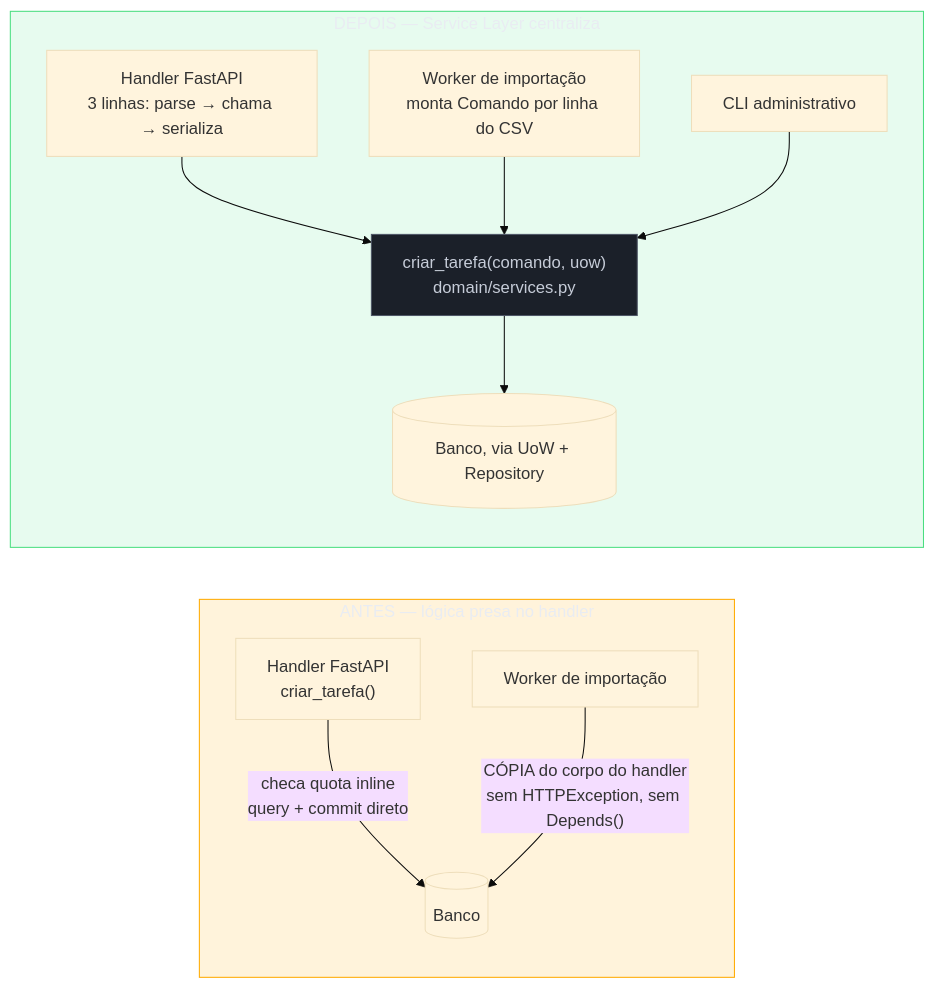
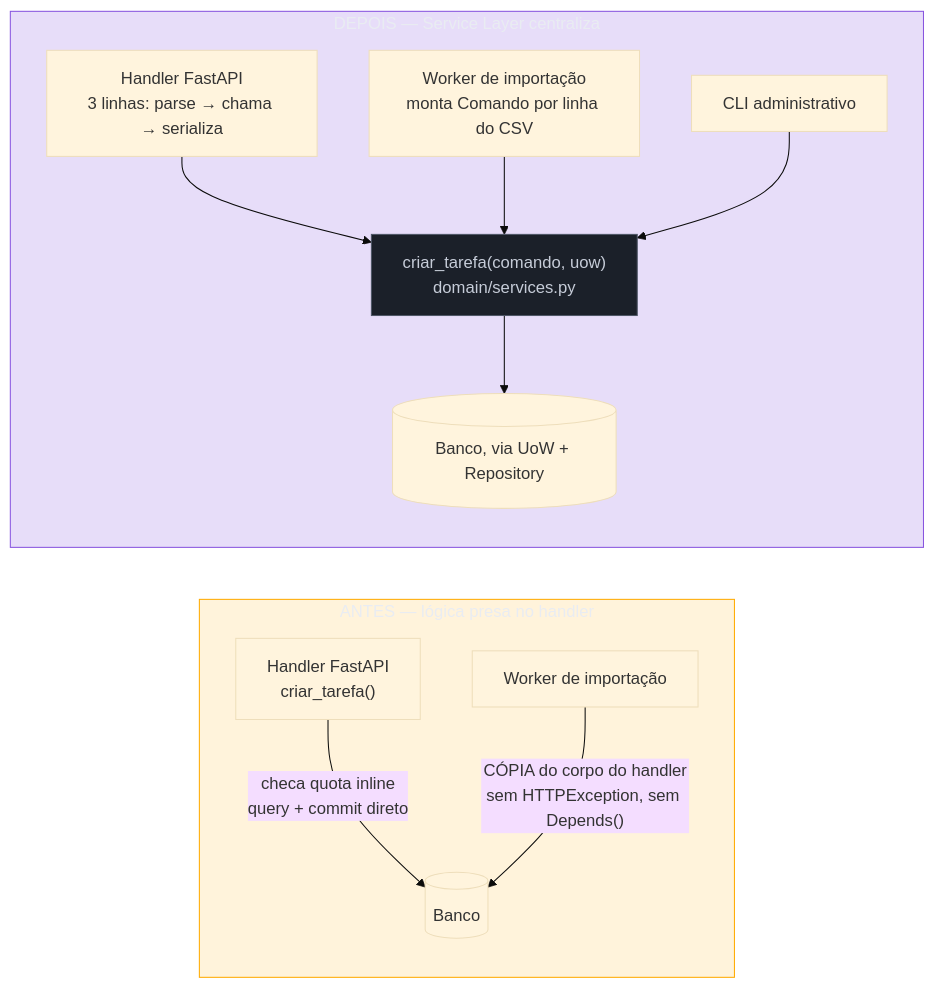
The second of 2 diagrams in 03-Dominios/Tecnologia/Python/Arquitetura e Design Patterns/06 - Service Layer — orquestrando casos de uso.md (josenaldo/codex-technomanticus), drawn with Mermaid (base theme) before and after one commit. The commit also changed other lines of this file and 601 other files, not shown here.

````diff
--- a/03-Dominios/Tecnologia/Python/Arquitetura e Design Patterns/06 - Service Layer — orquestrando casos de uso.md
+++ b/03-Dominios/Tecnologia/Python/Arquitetura e Design Patterns/06 - Service Layer — orquestrando casos de uso.md
@@ -331,22 +331,22 @@
 ```mermaid
 flowchart LR
+    classDef marca fill:#8855DF33,stroke:#8855DF,color:#E9ECF2
     classDef destaque fill:#FFAA0024,stroke:#FFAA00,color:#E9ECF2
-    classDef ok fill:#4ADE8021,stroke:#4ADE80,color:#E9ECF2
     classDef neutro fill:#1B2029,stroke:#4E5666,color:#C6CCD8
     subgraph Antes["ANTES — lógica presa no handler"]
         H1["Handler FastAPI\ncriar_tarefa()"] -->|"checa quota inline\nquery + commit direto"| DB1[("Banco")]
         W1["Worker de importação"] -->|"CÓPIA do corpo do handler\nsem HTTPException, sem Depends()"| DB1
     end
 
     subgraph Depois["DEPOIS — Service Layer centraliza"]
         SVC["criar_tarefa(comando, uow)\ndomain/services.py"]
         H2["Handler FastAPI\n3 linhas: parse → chama → serializa"] --> SVC
         W2["Worker de importação\nmonta Comando por linha do CSV"] --> SVC
         CLI2["CLI administrativo"] --> SVC
         SVC --> DB2[("Banco, via UoW + Repository")]
     end
 
     class Antes destaque
-    class Depois ok
+    class Depois marca
     class SVC neutro
 ```
````
